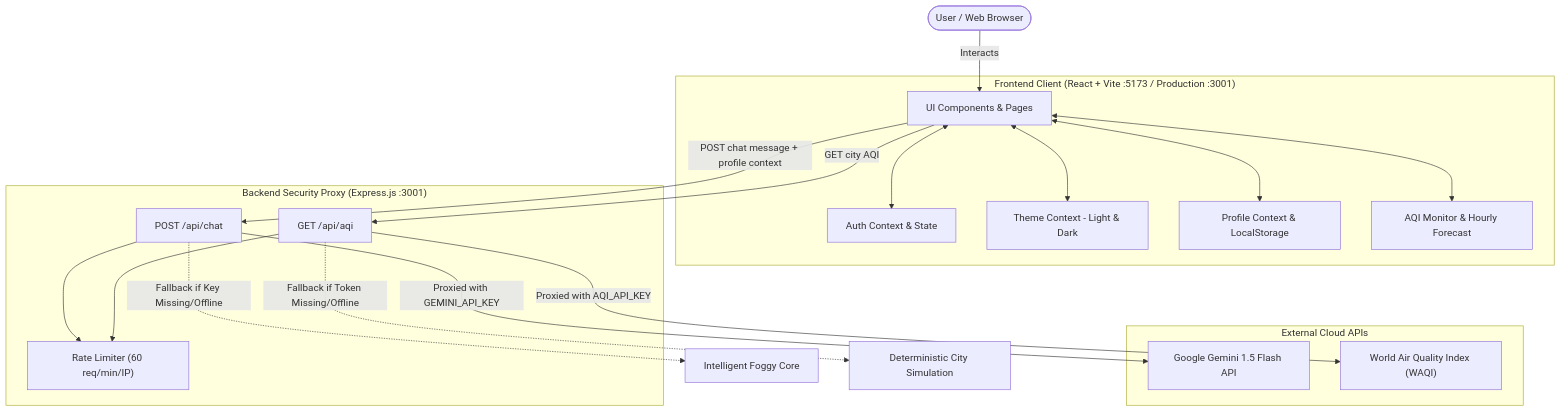
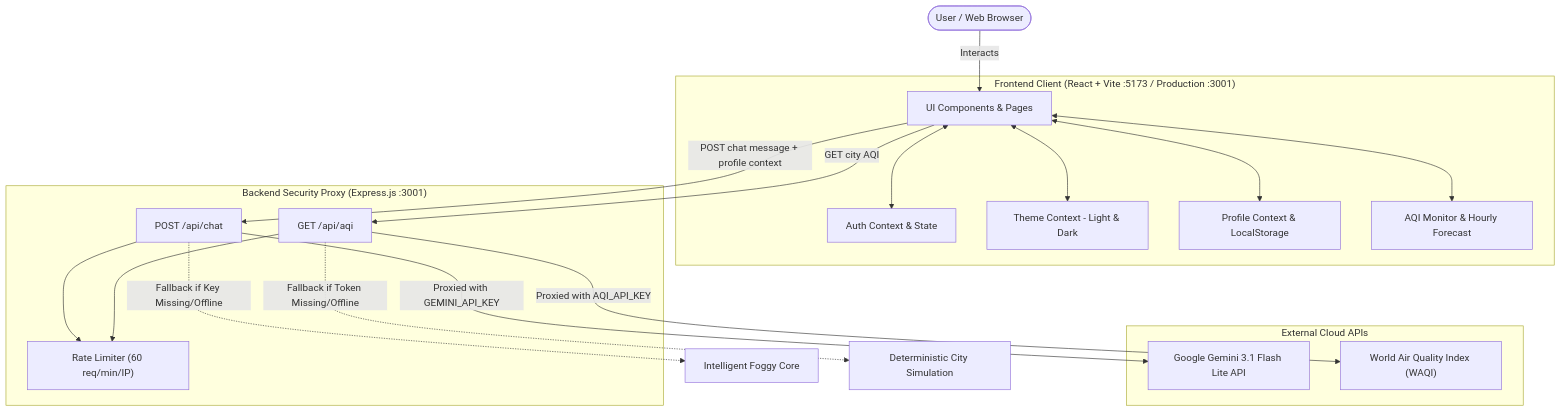
One commit to Rishav-coder-ops/foggy changed the diagram in README.md. Above: the diagram before and after it, drawn with Mermaid. The commit also changed other lines of this file and 9 other files, not shown here.

````diff
--- a/README.md
+++ b/README.md
@@ -158,41 +158,41 @@
 ```mermaid
 flowchart TD
     User([User / Web Browser])
 
     subgraph Client ["Frontend Client (React + Vite :5173 / Production :3001)"]
         UI[UI Components & Pages]
         Auth[Auth Context & State]
         Theme[Theme Context - Light & Dark]
         Profile[Profile Context & LocalStorage]
         AQIState[AQI Monitor & Hourly Forecast]
     end
 
     subgraph Proxy ["Backend Security Proxy (Express.js :3001)"]
         RateLimit["Rate Limiter (60 req/min/IP)"]
         ChatEndpoint["POST /api/chat"]
         AQIEndpoint["GET /api/aqi"]
     end
 
     subgraph External ["External Cloud APIs"]
-        Gemini["Google Gemini 1.5 Flash API"]
+        Gemini["Google Gemini 3.1 Flash Lite API"]
         WAQI["World Air Quality Index (WAQI)"]
     end
 
     User -->|Interacts| UI
     UI <--> Auth
     UI <--> Theme
     UI <--> Profile
     UI <--> AQIState
 
     UI -->|POST chat message + profile context| ChatEndpoint
     UI -->|GET city AQI| AQIEndpoint
 
     ChatEndpoint --> RateLimit
     AQIEndpoint --> RateLimit
 
     ChatEndpoint -->|Proxied with GEMINI_API_KEY| Gemini
     ChatEndpoint -.->|Fallback if Key Missing/Offline| LocalAI["Intelligent Foggy Core"]
 
     AQIEndpoint -->|Proxied with AQI_API_KEY| WAQI
     AQIEndpoint -.->|Fallback if Token Missing/Offline| LocalAQI["Deterministic City Simulation"]
 ```
````
